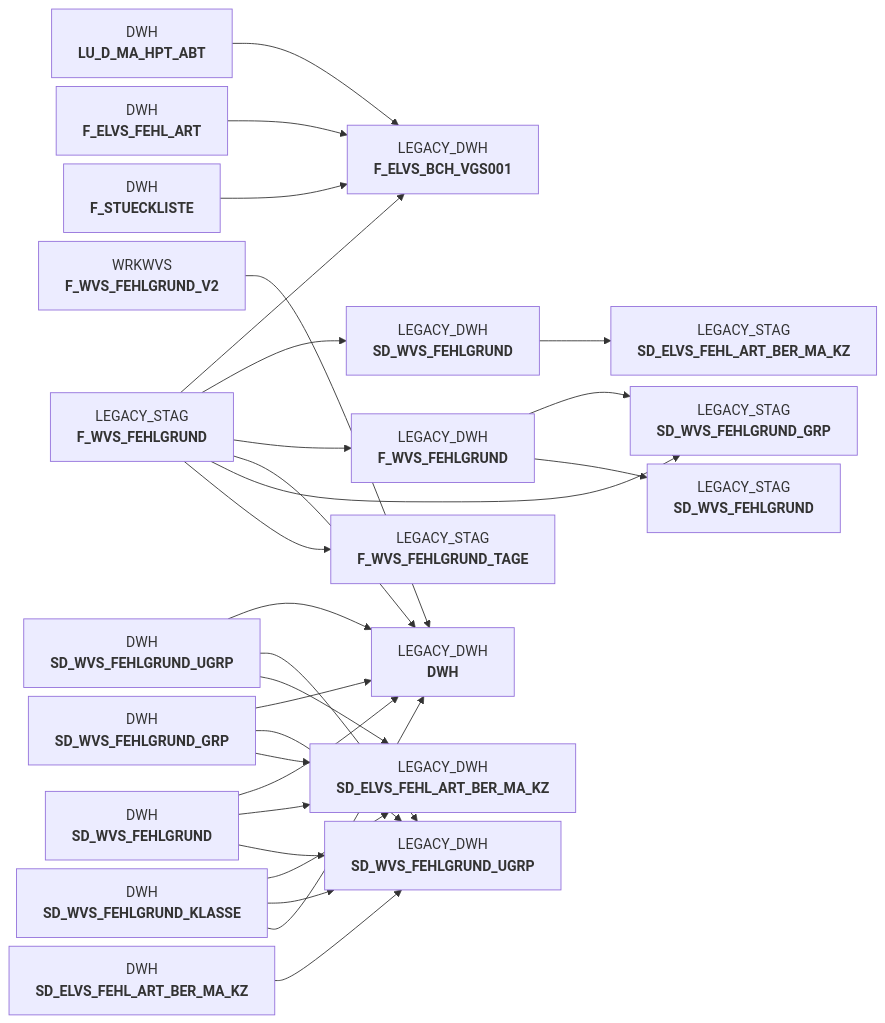
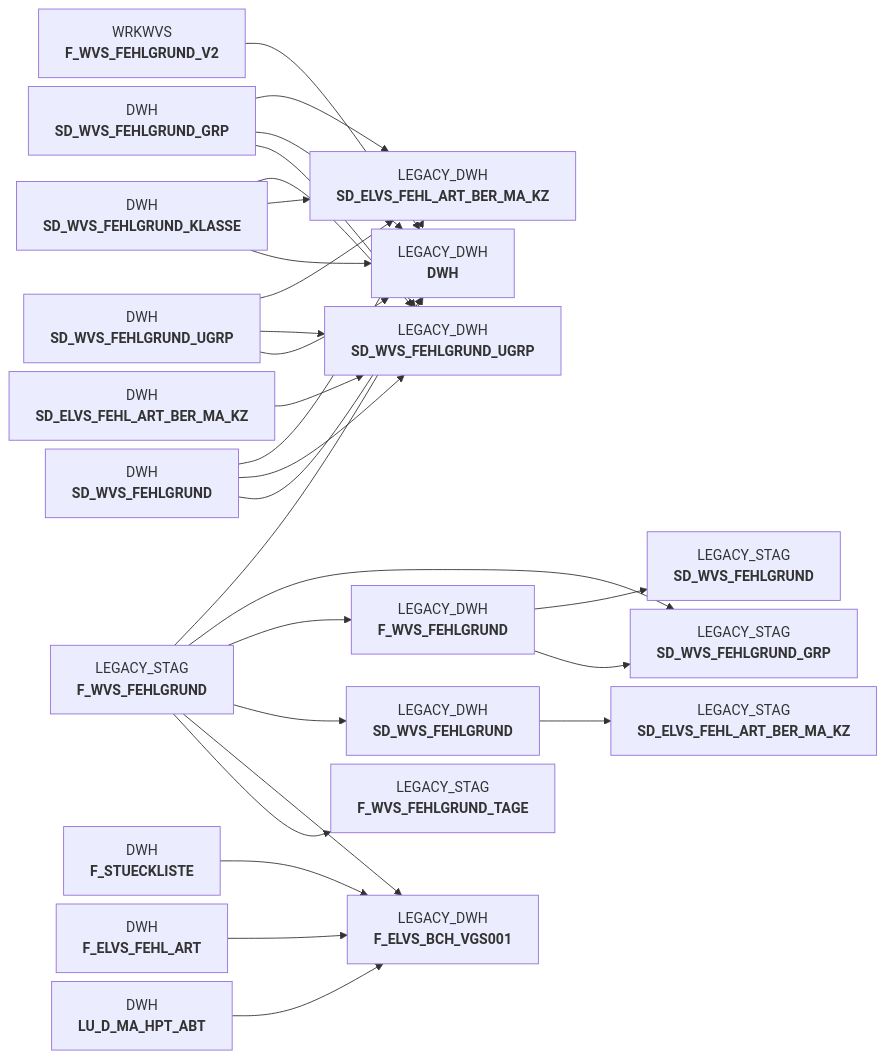
The diagram in docs/Applications/BDWH_SCCWVS/sccwvs_400_fakt_n_dwh.sas.md (integration-factory-de/sas_code_docs), drawn with Mermaid before and after one commit. The commit also changed other lines of this file and 129 other files, not shown here.

````diff
--- a/docs/Applications/BDWH_SCCWVS/sccwvs_400_fakt_n_dwh.sas.md
+++ b/docs/Applications/BDWH_SCCWVS/sccwvs_400_fakt_n_dwh.sas.md
@@ -9,54 +44,54 @@
 ```mermaid
 %%{init: {'flowchart': { 'nodeSpacing': 10, 'rankSpacing': 40, 'rankdir': 'TB' }}}%%
 
 flowchart LR
 
-  LEGACY_STAG.F_WVS_FEHLGRUND["LEGACY_STAG<br/><b>F_WVS_FEHLGRUND</b>"] --> LEGACY_DWH.F_ELVS_BCH_VGS001["LEGACY_DWH<br/><b>F_ELVS_BCH_VGS001</b>"]
-  DWH.LU_D_MA_HPT_ABT["DWH<br/><b>LU_D_MA_HPT_ABT</b>"] --> LEGACY_DWH.F_ELVS_BCH_VGS001["LEGACY_DWH<br/><b>F_ELVS_BCH_VGS001</b>"]
-  LEGACY_STAG.F_WVS_FEHLGRUND["LEGACY_STAG<br/><b>F_WVS_FEHLGRUND</b>"] --> LEGACY_DWH.SD_WVS_FEHLGRUND["LEGACY_DWH<br/><b>SD_WVS_FEHLGRUND</b>"]
-  DWH.SD_WVS_FEHLGRUND_GRP["DWH<br/><b>SD_WVS_FEHLGRUND_GRP</b>"] --> LEGACY_DWH.DWH["LEGACY_DWH<br/><b>DWH</b>"]
-  LEGACY_DWH.F_WVS_FEHLGRUND["LEGACY_DWH<br/><b>F_WVS_FEHLGRUND</b>"] --> LEGACY_STAG.SD_WVS_FEHLGRUND_GRP["LEGACY_STAG<br/><b>SD_WVS_FEHLGRUND_GRP</b>"]
+  LEGACY_STAG.F_WVS_FEHLGRUND["LEGACY_STAG<br/><b>F_WVS_FEHLGRUND</b>"] --> LEGACY_STAG.F_WVS_FEHLGRUND_TAGE["LEGACY_STAG<br/><b>F_WVS_FEHLGRUND_TAGE</b>"]
+  DWH.SD_WVS_FEHLGRUND_KLASSE["DWH<br/><b>SD_WVS_FEHLGRUND_KLASSE</b>"] --> LEGACY_DWH.DWH["LEGACY_DWH<br/><b>DWH</b>"]
+  DWH.SD_ELVS_FEHL_ART_BER_MA_KZ["DWH<br/><b>SD_ELVS_FEHL_ART_BER_MA_KZ</b>"] --> LEGACY_DWH.SD_WVS_FEHLGRUND_UGRP["LEGACY_DWH<br/><b>SD_WVS_FEHLGRUND_UGRP</b>"]
+  WRKWVS.F_WVS_FEHLGRUND_V2["WRKWVS<br/><b>F_WVS_FEHLGRUND_V2</b>"] --> LEGACY_DWH.DWH["LEGACY_DWH<br/><b>DWH</b>"]
   DWH.SD_WVS_FEHLGRUND["DWH<br/><b>SD_WVS_FEHLGRUND</b>"] --> LEGACY_DWH.DWH["LEGACY_DWH<br/><b>DWH</b>"]
   DWH.SD_WVS_FEHLGRUND_UGRP["DWH<br/><b>SD_WVS_FEHLGRUND_UGRP</b>"] --> LEGACY_DWH.DWH["LEGACY_DWH<br/><b>DWH</b>"]
   LEGACY_DWH.SD_WVS_FEHLGRUND["LEGACY_DWH<br/><b>SD_WVS_FEHLGRUND</b>"] --> LEGACY_STAG.SD_ELVS_FEHL_ART_BER_MA_KZ["LEGACY_STAG<br/><b>SD_ELVS_FEHL_ART_BER_MA_KZ</b>"]
   DWH.SD_WVS_FEHLGRUND_UGRP["DWH<br/><b>SD_WVS_FEHLGRUND_UGRP</b>"] --> LEGACY_DWH.SD_WVS_FEHLGRUND_UGRP["LEGACY_DWH<br/><b>SD_WVS_FEHLGRUND_UGRP</b>"]
+  DWH.SD_WVS_FEHLGRUND["DWH<br/><b>SD_WVS_FEHLGRUND</b>"] --> LEGACY_DWH.SD_WVS_FEHLGRUND_UGRP["LEGACY_DWH<br/><b>SD_WVS_FEHLGRUND_UGRP</b>"]
+  LEGACY_STAG.F_WVS_FEHLGRUND["LEGACY_STAG<br/><b>F_WVS_FEHLGRUND</b>"] --> LEGACY_DWH.F_ELVS_BCH_VGS001["LEGACY_DWH<br/><b>F_ELVS_BCH_VGS001</b>"]
+  DWH.LU_D_MA_HPT_ABT["DWH<br/><b>LU_D_MA_HPT_ABT</b>"] --> LEGACY_DWH.F_ELVS_BCH_VGS001["LEGACY_DWH<br/><b>F_ELVS_BCH_VGS001</b>"]
+  LEGACY_STAG.F_WVS_FEHLGRUND["LEGACY_STAG<br/><b>F_WVS_FEHLGRUND</b>"] --> LEGACY_DWH.SD_WVS_FEHLGRUND["LEGACY_DWH<br/><b>SD_WVS_FEHLGRUND</b>"]
   LEGACY_STAG.F_WVS_FEHLGRUND["LEGACY_STAG<br/><b>F_WVS_FEHLGRUND</b>"] --> LEGACY_DWH.F_WVS_FEHLGRUND["LEGACY_DWH<br/><b>F_WVS_FEHLGRUND</b>"]
   DWH.SD_WVS_FEHLGRUND["DWH<br/><b>SD_WVS_FEHLGRUND</b>"] --> LEGACY_DWH.SD_ELVS_FEHL_ART_BER_MA_KZ["LEGACY_DWH<br/><b>SD_ELVS_FEHL_ART_BER_MA_KZ</b>"]
   DWH.SD_WVS_FEHLGRUND_UGRP["DWH<br/><b>SD_WVS_FEHLGRUND_UGRP</b>"] --> LEGACY_DWH.SD_ELVS_FEHL_ART_BER_MA_KZ["LEGACY_DWH<br/><b>SD_ELVS_FEHL_ART_BER_MA_KZ</b>"]
   DWH.SD_WVS_FEHLGRUND_KLASSE["DWH<br/><b>SD_WVS_FEHLGRUND_KLASSE</b>"] --> LEGACY_DWH.SD_ELVS_FEHL_ART_BER_MA_KZ["LEGACY_DWH<br/><b>SD_ELVS_FEHL_ART_BER_MA_KZ</b>"]
   DWH.F_ELVS_FEHL_ART["DWH<br/><b>F_ELVS_FEHL_ART</b>"] --> LEGACY_DWH.F_ELVS_BCH_VGS001["LEGACY_DWH<br/><b>F_ELVS_BCH_VGS001</b>"]
   DWH.F_STUECKLISTE["DWH<br/><b>F_STUECKLISTE</b>"] --> LEGACY_DWH.F_ELVS_BCH_VGS001["LEGACY_DWH<br/><b>F_ELVS_BCH_VGS001</b>"]
   DWH.SD_WVS_FEHLGRUND_GRP["DWH<br/><b>SD_WVS_FEHLGRUND_GRP</b>"] --> LEGACY_DWH.SD_WVS_FEHLGRUND_UGRP["LEGACY_DWH<br/><b>SD_WVS_FEHLGRUND_UGRP</b>"]
   DWH.SD_WVS_FEHLGRUND_KLASSE["DWH<br/><b>SD_WVS_FEHLGRUND_KLASSE</b>"] --> LEGACY_DWH.SD_WVS_FEHLGRUND_UGRP["LEGACY_DWH<br/><b>SD_WVS_FEHLGRUND_UGRP</b>"]
+  LEGACY_STAG.F_WVS_FEHLGRUND["LEGACY_STAG<br/><b>F_WVS_FEHLGRUND</b>"] --> LEGACY_STAG.SD_WVS_FEHLGRUND_GRP["LEGACY_STAG<br/><b>SD_WVS_FEHLGRUND_GRP</b>"]
+  DWH.SD_WVS_FEHLGRUND_GRP["DWH<br/><b>SD_WVS_FEHLGRUND_GRP</b>"] --> LEGACY_DWH.DWH["LEGACY_DWH<br/><b>DWH</b>"]
+  LEGACY_DWH.F_WVS_FEHLGRUND["LEGACY_DWH<br/><b>F_WVS_FEHLGRUND</b>"] --> LEGACY_STAG.SD_WVS_FEHLGRUND_GRP["LEGACY_STAG<br/><b>SD_WVS_FEHLGRUND_GRP</b>"]
   DWH.SD_WVS_FEHLGRUND_GRP["DWH<br/><b>SD_WVS_FEHLGRUND_GRP</b>"] --> LEGACY_DWH.SD_ELVS_FEHL_ART_BER_MA_KZ["LEGACY_DWH<br/><b>SD_ELVS_FEHL_ART_BER_MA_KZ</b>"]
   LEGACY_DWH.F_WVS_FEHLGRUND["LEGACY_DWH<br/><b>F_WVS_FEHLGRUND</b>"] --> LEGACY_STAG.SD_WVS_FEHLGRUND["LEGACY_STAG<br/><b>SD_WVS_FEHLGRUND</b>"]
   LEGACY_STAG.F_WVS_FEHLGRUND["LEGACY_STAG<br/><b>F_WVS_FEHLGRUND</b>"] --> LEGACY_DWH.DWH["LEGACY_DWH<br/><b>DWH</b>"]
-  DWH.SD_WVS_FEHLGRUND["DWH<br/><b>SD_WVS_FEHLGRUND</b>"] --> LEGACY_DWH.SD_WVS_FEHLGRUND_UGRP["LEGACY_DWH<br/><b>SD_WVS_FEHLGRUND_UGRP</b>"]
-  LEGACY_STAG.F_WVS_FEHLGRUND["LEGACY_STAG<br/><b>F_WVS_FEHLGRUND</b>"] --> LEGACY_STAG.SD_WVS_FEHLGRUND_GRP["LEGACY_STAG<br/><b>SD_WVS_FEHLGRUND_GRP</b>"]
-  LEGACY_STAG.F_WVS_FEHLGRUND["LEGACY_STAG<br/><b>F_WVS_FEHLGRUND</b>"] --> LEGACY_STAG.F_WVS_FEHLGRUND_TAGE["LEGACY_STAG<br/><b>F_WVS_FEHLGRUND_TAGE</b>"]
-  DWH.SD_WVS_FEHLGRUND_KLASSE["DWH<br/><b>SD_WVS_FEHLGRUND_KLASSE</b>"] --> LEGACY_DWH.DWH["LEGACY_DWH<br/><b>DWH</b>"]
-  DWH.SD_ELVS_FEHL_ART_BER_MA_KZ["DWH<br/><b>SD_ELVS_FEHL_ART_BER_MA_KZ</b>"] --> LEGACY_DWH.SD_WVS_FEHLGRUND_UGRP["LEGACY_DWH<br/><b>SD_WVS_FEHLGRUND_UGRP</b>"]
-  WRKWVS.F_WVS_FEHLGRUND_V2["WRKWVS<br/><b>F_WVS_FEHLGRUND_V2</b>"] --> LEGACY_DWH.DWH["LEGACY_DWH<br/><b>DWH</b>"]
   click LEGACY_STAG.F_WVS_FEHLGRUND "../../tables/LEGACY_STAG/F_WVS_FEHLGRUND"
-  click DWH.LU_D_MA_HPT_ABT "../../tables/DWH/LU_D_MA_HPT_ABT"
-  click DWH.SD_WVS_FEHLGRUND_GRP "../../tables/DWH/SD_WVS_FEHLGRUND_GRP"
-  click LEGACY_DWH.F_WVS_FEHLGRUND "../../tables/LEGACY_DWH/F_WVS_FEHLGRUND"
+  click DWH.SD_WVS_FEHLGRUND_KLASSE "../../tables/DWH/SD_WVS_FEHLGRUND_KLASSE"
+  click DWH.SD_ELVS_FEHL_ART_BER_MA_KZ "../../tables/DWH/SD_ELVS_FEHL_ART_BER_MA_KZ"
+  click WRKWVS.F_WVS_FEHLGRUND_V2 "../../tables/WRKWVS/F_WVS_FEHLGRUND_V2"
   click DWH.SD_WVS_FEHLGRUND "../../tables/DWH/SD_WVS_FEHLGRUND"
   click DWH.SD_WVS_FEHLGRUND_UGRP "../../tables/DWH/SD_WVS_FEHLGRUND_UGRP"
   click LEGACY_DWH.SD_WVS_FEHLGRUND "../../tables/LEGACY_DWH/SD_WVS_FEHLGRUND"
-  click DWH.SD_WVS_FEHLGRUND_KLASSE "../../tables/DWH/SD_WVS_FEHLGRUND_KLASSE"
+  click DWH.LU_D_MA_HPT_ABT "../../tables/DWH/LU_D_MA_HPT_ABT"
   click DWH.F_ELVS_FEHL_ART "../../tables/DWH/F_ELVS_FEHL_ART"
   click DWH.F_STUECKLISTE "../../tables/DWH/F_STUECKLISTE"
-  click DWH.SD_ELVS_FEHL_ART_BER_MA_KZ "../../tables/DWH/SD_ELVS_FEHL_ART_BER_MA_KZ"
-  click WRKWVS.F_WVS_FEHLGRUND_V2 "../../tables/WRKWVS/F_WVS_FEHLGRUND_V2"
+  click DWH.SD_WVS_FEHLGRUND_GRP "../../tables/DWH/SD_WVS_FEHLGRUND_GRP"
+  click LEGACY_DWH.F_WVS_FEHLGRUND "../../tables/LEGACY_DWH/F_WVS_FEHLGRUND"
+  click LEGACY_STAG.F_WVS_FEHLGRUND_TAGE "../../tables/LEGACY_STAG/F_WVS_FEHLGRUND_TAGE"
+  click LEGACY_DWH.DWH "../../tables/LEGACY_DWH/DWH"
+  click LEGACY_DWH.SD_WVS_FEHLGRUND_UGRP "../../tables/LEGACY_DWH/SD_WVS_FEHLGRUND_UGRP"
+  click LEGACY_STAG.SD_ELVS_FEHL_ART_BER_MA_KZ "../../tables/LEGACY_STAG/SD_ELVS_FEHL_ART_BER_MA_KZ"
   click LEGACY_DWH.F_ELVS_BCH_VGS001 "../../tables/LEGACY_DWH/F_ELVS_BCH_VGS001"
   click LEGACY_DWH.SD_WVS_FEHLGRUND "../../tables/LEGACY_DWH/SD_WVS_FEHLGRUND"
-  click LEGACY_DWH.DWH "../../tables/LEGACY_DWH/DWH"
-  click LEGACY_STAG.SD_WVS_FEHLGRUND_GRP "../../tables/LEGACY_STAG/SD_WVS_FEHLGRUND_GRP"
-  click LEGACY_STAG.SD_ELVS_FEHL_ART_BER_MA_KZ "../../tables/LEGACY_STAG/SD_ELVS_FEHL_ART_BER_MA_KZ"
-  click LEGACY_DWH.SD_WVS_FEHLGRUND_UGRP "../../tables/LEGACY_DWH/SD_WVS_FEHLGRUND_UGRP"
   click LEGACY_DWH.F_WVS_FEHLGRUND "../../tables/LEGACY_DWH/F_WVS_FEHLGRUND"
   click LEGACY_DWH.SD_ELVS_FEHL_ART_BER_MA_KZ "../../tables/LEGACY_DWH/SD_ELVS_FEHL_ART_BER_MA_KZ"
+  click LEGACY_STAG.SD_WVS_FEHLGRUND_GRP "../../tables/LEGACY_STAG/SD_WVS_FEHLGRUND_GRP"
   click LEGACY_STAG.SD_WVS_FEHLGRUND "../../tables/LEGACY_STAG/SD_WVS_FEHLGRUND"
-  click LEGACY_STAG.F_WVS_FEHLGRUND_TAGE "../../tables/LEGACY_STAG/F_WVS_FEHLGRUND_TAGE"
 ```
````
